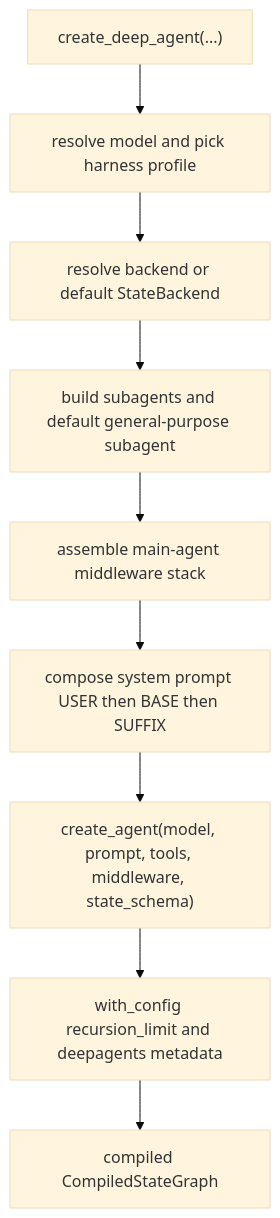
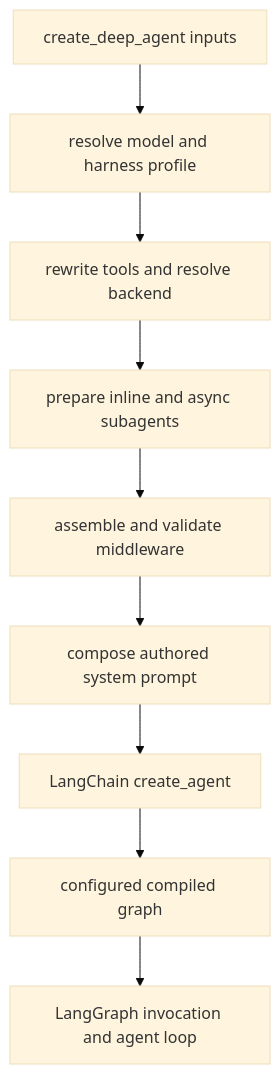
One commit to langchain-ai/deepagents changed the diagram in openwiki/architecture/sdk-construction-execution.md. Above: the diagram before and after it, drawn with Mermaid (base theme). The commit also changed other lines of this file and 39 other files, not shown here.

````diff
--- a/openwiki/architecture/sdk-construction-execution.md
+++ b/openwiki/architecture/sdk-construction-execution.md
@@ -136,11 +48,11 @@
 ```mermaid
 flowchart TD
-    A["create_deep_agent(...)"] --> B["resolve model and pick harness profile"]
-    B --> C["resolve backend or default StateBackend"]
-    C --> D["build subagents and default general-purpose subagent"]
-    D --> E["assemble main-agent middleware stack"]
-    E --> F["compose system prompt USER then BASE then SUFFIX"]
-    F --> G["create_agent(model, prompt, tools, middleware, state_schema)"]
-    G --> H["with_config recursion_limit and deepagents metadata"]
-    H --> I["compiled CompiledStateGraph"]
+    Start["create_deep_agent inputs"] --> Model["resolve model and harness profile"]
+    Model --> Config["rewrite tools and resolve backend"]
+    Config --> Subs["prepare inline and async subagents"]
+    Subs --> Stack["assemble and validate middleware"]
+    Stack --> Prompt["compose authored system prompt"]
+    Prompt --> Compile["LangChain create_agent"]
+    Compile --> Graph["configured compiled graph"]
+    Graph --> Runtime["LangGraph invocation and agent loop"]
 ```
````
